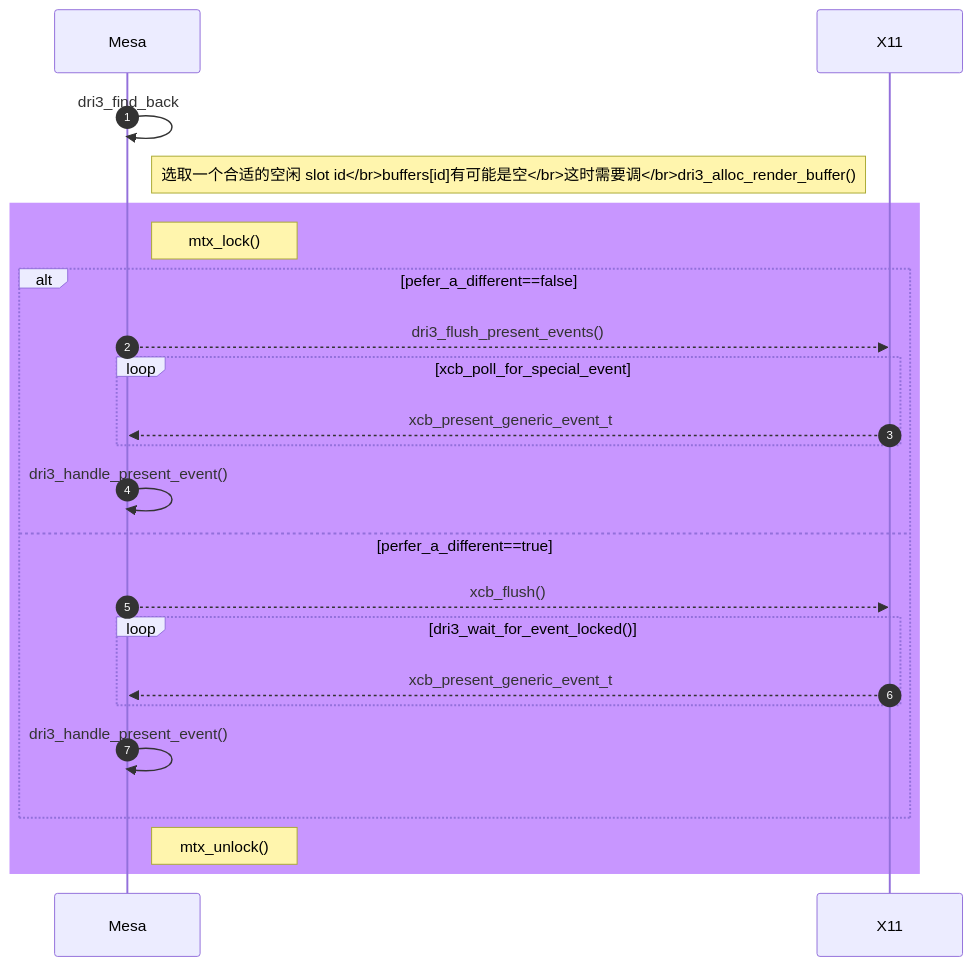
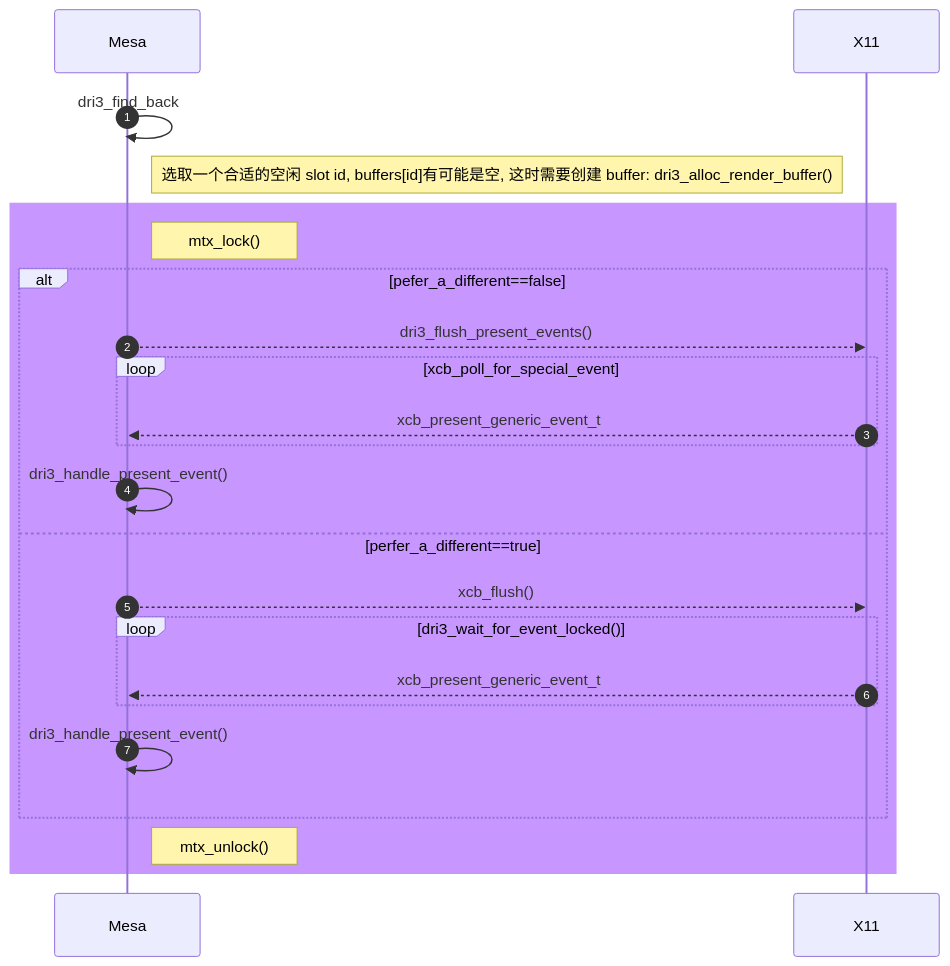
The fourth of 5 diagrams in source/_posts/gfx/dri3.md (lucmann/lucmann.github.io), drawn with Mermaid before and after one commit. The commit also changed other lines of this file and 1 other file, not shown here.

Commit message:
gfx: mesa glx

````diff
--- a/source/_posts/gfx/dri3.md
+++ b/source/_posts/gfx/dri3.md
@@ -242,26 +242,26 @@
 ```mermaid
 sequenceDiagram
     autonumber
     participant Mesa
     participant X11
 
     Mesa->>Mesa: dri3_find_back
-    note right of Mesa: 选取一个合适的空闲 slot id</br>buffers[id]有可能是空</br>这时需要调</br>dri3_alloc_render_buffer()
+    note right of Mesa: 选取一个合适的空闲 slot id, buffers[id]有可能是空, 这时需要创建 buffer: dri3_alloc_render_buffer()
     rect rgb(200, 150, 255)
     note right of Mesa: mtx_lock()
     alt pefer_a_different==false
         Mesa-->>X11: dri3_flush_present_events()
         loop xcb_poll_for_special_event
             X11-->>Mesa: xcb_present_generic_event_t
         end
         Mesa->>Mesa: dri3_handle_present_event()
     else perfer_a_different==true
         Mesa-->>X11: xcb_flush()
         loop dri3_wait_for_event_locked()
             X11-->>Mesa: xcb_present_generic_event_t
         end
         Mesa->>Mesa: dri3_handle_present_event()
     end
     note right of Mesa: mtx_unlock()
     end
 ```
````
